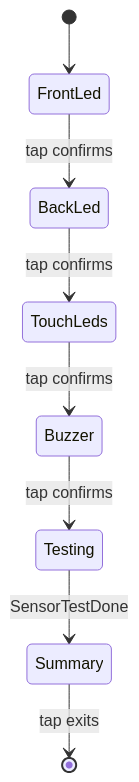
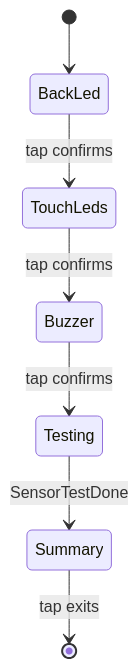
The diagram in products/go/docs/hardware_test.md (Open-Air-Foundation/firmware-core), drawn with Mermaid before and after one commit. The commit also changed other lines of this file and 12 other files, not shown here.

````diff
--- a/products/go/docs/hardware_test.md
+++ b/products/go/docs/hardware_test.md
@@ -97,10 +98,9 @@
 ```mermaid
 stateDiagram-v2
-    [*] --> FrontLed
-    FrontLed --> BackLed: tap confirms
+    [*] --> BackLed
     BackLed --> TouchLeds: tap confirms
     TouchLeds --> Buzzer: tap confirms
     Buzzer --> Testing: tap confirms
     Testing --> Summary: SensorTestDone
     Summary --> [*]: tap exits
 ```
````
